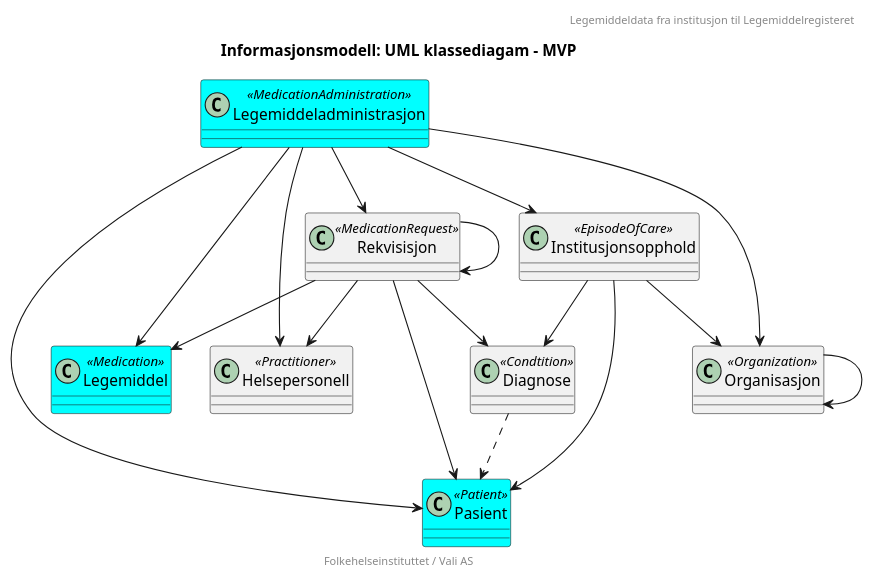
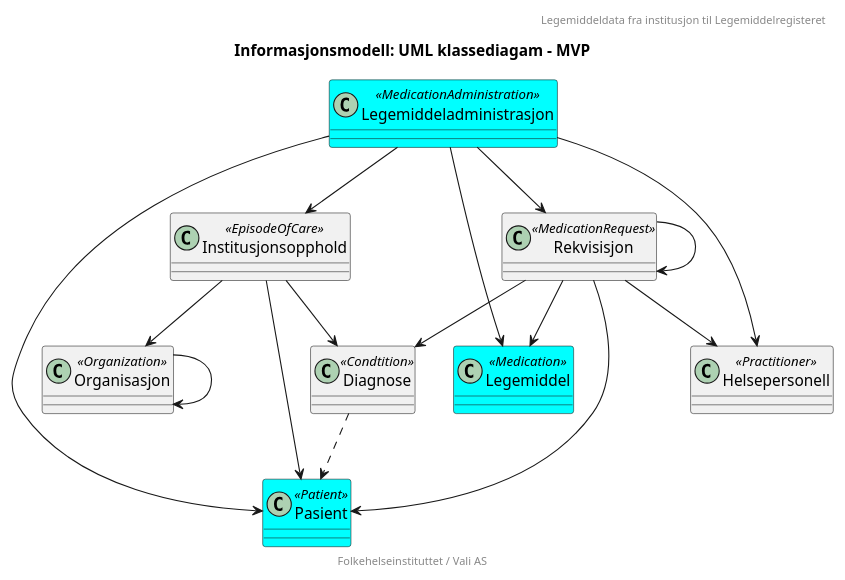
One commit to HL7Norway/LMDI changed the diagram in LMDI/input/images/informasjonsmodell-enkel.plantuml. Above: the diagram before and after it, drawn with PlantUML.

Commit message:
Update informasjonsmodell-enkel.plantuml
Fjernet lenke til organisasjon fra administrasjon

```diff
--- a/LMDI/input/images/informasjonsmodell-enkel.plantuml
+++ b/LMDI/input/images/informasjonsmodell-enkel.plantuml
@@ -1,51 +1,50 @@
 @startuml
 
 header "Legemiddeldata fra institusjon til Legemiddelregisteret"
 title "Informasjonsmodell: UML klassediagam - MVP"
 footer "Folkehelseinstituttet / Vali AS"
 
 class Pasient <<Patient>> #cyan {
 }
 
 class Legemiddeladministrasjon <<MedicationAdministration>> #cyan {
 }
 
 Legemiddeladministrasjon --> Legemiddel 
 Legemiddeladministrasjon --> Pasient
 Legemiddeladministrasjon --> Helsepersonell
-Legemiddeladministrasjon --> Organisasjon
 Legemiddeladministrasjon --> Rekvisisjon
 Legemiddeladministrasjon --> Institusjonsopphold
 
 class Legemiddel <<Medication>> #cyan {
 }
 
 class Helsepersonell <<Practitioner>> {
 }
 class Organisasjon <<Organization>> {
 }
 
 Organisasjon --> Organisasjon
 
 class Institusjonsopphold <<EpisodeOfCare>> {
 }
 
 Institusjonsopphold --> Pasient
 Institusjonsopphold --> Organisasjon
 Institusjonsopphold --> Diagnose
 
 class Diagnose <<Condtition>> {
 }
 
 Diagnose ..> Pasient
 
 class Rekvisisjon <<MedicationRequest>> {
 }
 
 Rekvisisjon --> Diagnose
 Rekvisisjon --> Legemiddel
 Rekvisisjon --> Pasient
 Rekvisisjon --> Helsepersonell
 Rekvisisjon --> Rekvisisjon
 
 @enduml
```
